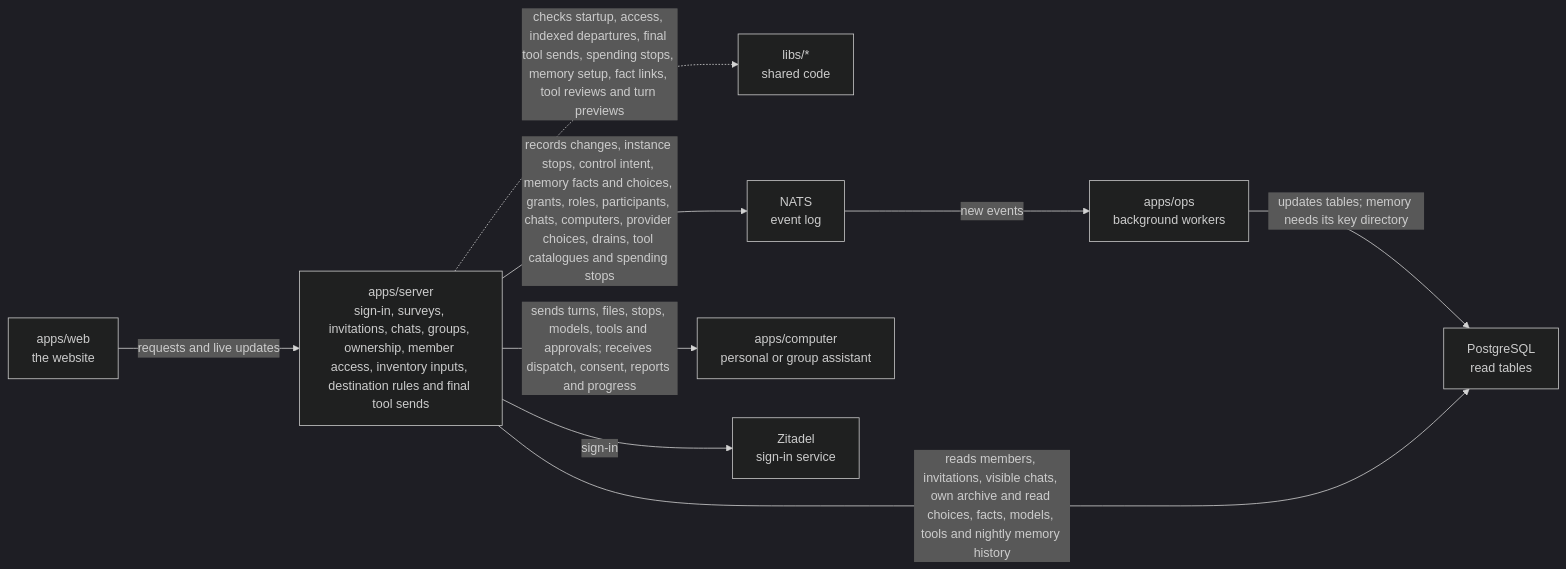
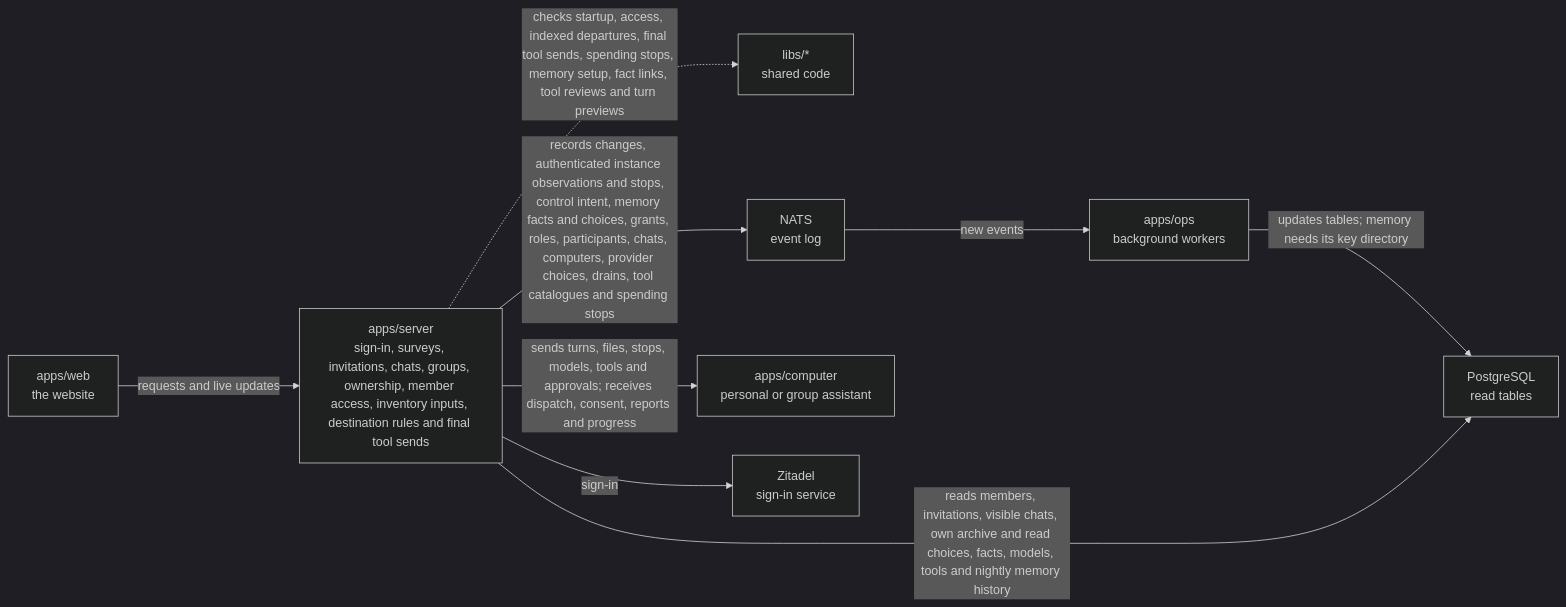
The diagram in apps/server/README.md (elewa-git/opencrane-new), drawn with Mermaid (dark theme) before and after one commit. The commit also changed other lines of this file and 29 other files, not shown here.

First line of the commit message:
🔐 Private tool server workers must prove who they are, and an expired or replaced worker can never report (#364)

````diff
--- a/apps/server/README.md
+++ b/apps/server/README.md
@@ -11,11 +11,11 @@
 ```mermaid
 flowchart LR
   web["apps/web<br/>the website"] -->|requests and live updates| server["apps/server<br/>sign-in, surveys, invitations, chats, groups, ownership, member access, inventory inputs, destination rules and final tool sends"]
   server -.->|checks startup, access, indexed departures, final tool sends, spending stops, memory setup, fact links, tool reviews and turn previews| libs["libs/*<br/>shared code"]
-  server -->|records changes, instance stops, control intent, memory facts and choices, grants, roles, participants, chats, computers, provider choices, drains, tool catalogues and spending stops| nats["NATS<br/>event log"]
+  server -->|records changes, authenticated instance observations and stops, control intent, memory facts and choices, grants, roles, participants, chats, computers, provider choices, drains, tool catalogues and spending stops| nats["NATS<br/>event log"]
   nats -->|new events| ops["apps/ops<br/>background workers"]
   ops -->|updates tables; memory needs its key directory| postgres["PostgreSQL<br/>read tables"]
   server -->|reads members, invitations, visible chats, own archive and read choices, facts, models, tools and nightly memory history| postgres
   server -->|sends turns, files, stops, models, tools and approvals; receives dispatch, consent, reports and progress| computer["apps/computer<br/>personal or group assistant"]
   server -->|sign-in| zitadel["Zitadel<br/>sign-in service"]
 ```
````
